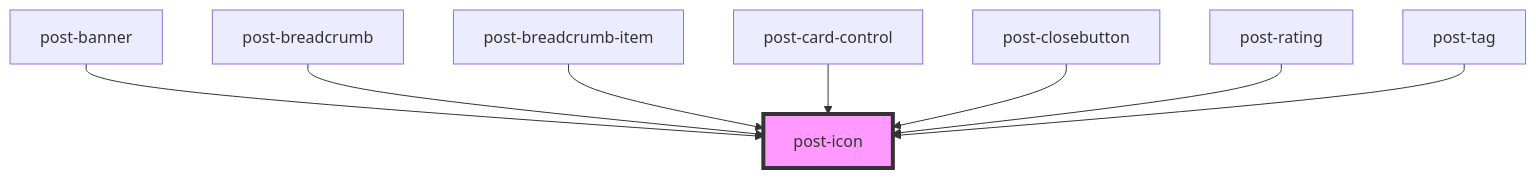
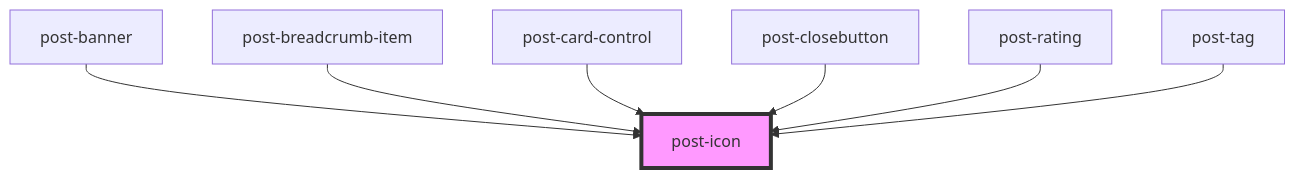
The diagram in packages/components/src/components/post-icon/readme.md (swisspost/design-system), drawn with Mermaid before and after one commit. The commit also changed other lines of this file and 9 other files, not shown here.

````diff
--- a/packages/components/src/components/post-icon/readme.md
+++ b/packages/components/src/components/post-icon/readme.md
@@ -34,11 +33,10 @@
 ```mermaid
 graph TD;
   post-banner --> post-icon
-  post-breadcrumb --> post-icon
   post-breadcrumb-item --> post-icon
   post-card-control --> post-icon
   post-closebutton --> post-icon
   post-rating --> post-icon
   post-tag --> post-icon
   style post-icon fill:#f9f,stroke:#333,stroke-width:4px
 ```
````
